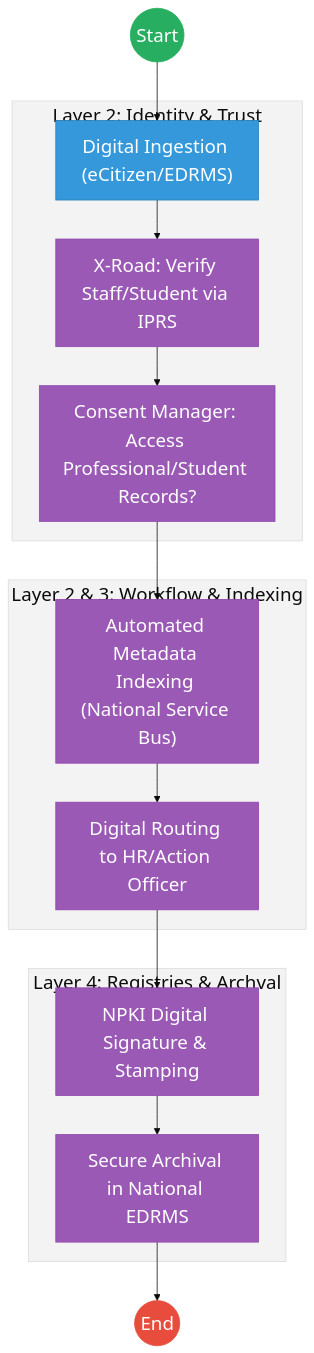
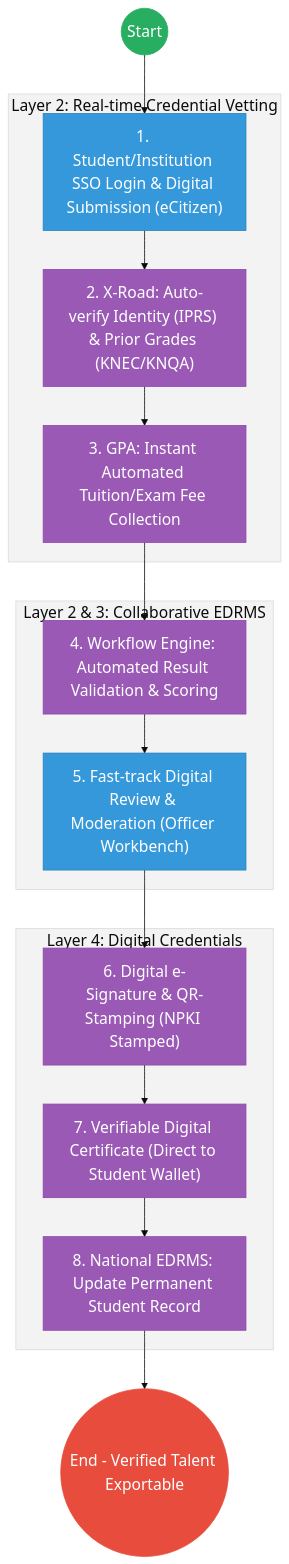
One commit to BITZ-IT-Consulting-LTD/ictapoc changed the second of 2 diagrams in mdas/docs_final/priority_mdas/Technical_Vocational_Education_and_Training___Service_Delivery.md. Above: the diagram before and after it, drawn with Mermaid. The commit also changed other lines of this file and 37 other files, not shown here.

````diff
--- a/mdas/docs_final/priority_mdas/Technical_Vocational_Education_and_Training___Service_Delivery.md
+++ b/mdas/docs_final/priority_mdas/Technical_Vocational_Education_and_Training___Service_Delivery.md
@@ -54,32 +110,33 @@
 ```mermaid
-%%{init: { 'theme': 'base', 'themeVariables': { 'fontSize': '24px', 'fontFamily': 'Inter, system-ui, sans-serif', 'primaryColor': '#ffffff', 'edgeLabelBackground':'#ffffff', 'tertiaryColor': '#f3f3f3', 'mainBkg': '#ffffff', 'nodeBorder': '#333333' } } }%%
+%%{init: { 'theme': 'base', 'themeVariables': { 'fontSize': '20px', 'fontFamily': 'Inter, system-ui, sans-serif', 'primaryColor': '#ffffff', 'edgeLabelBackground':'#ffffff', 'tertiaryColor': '#f3f3f3', 'mainBkg': '#ffffff', 'nodeBorder': '#333333' } } }%%
 flowchart TD
-    Start((Start)) --> DigitalIn["Digital Ingestion (eCitizen/EDRMS)"]
+    Start((Start)) --> Portal["1. Student/Institution SSO Login & Digital Submission (eCitizen)"]
     
-    subgraph Trust_Hub["Layer 2: Identity & Trust"]
-        DigitalIn --> Verify["X-Road: Verify Staff/Student via IPRS"]
-        Verify --> Consent["Consent Manager: Access Professional/Student Records?"]
+    subgraph Trust_Hub["Layer 2: Real-time Credential Vetting"]
+        Portal --> Verify["2. X-Road: Auto-verify Identity (IPRS) & Prior Grades (KNEC/KNQA)"]
+        Verify --> Payment["3. GPA: Instant Automated Tuition/Exam Fee Collection"]
     end
-    
-    subgraph Operations["Layer 2 & 3: Workflow & Indexing"]
-        Consent --> Index["Automated Metadata Indexing (National Service Bus)"]
-        Index --> SmartRoute["Digital Routing to HR/Action Officer"]
+
+    subgraph Operations["Layer 2 & 3: Collaborative EDRMS"]
+        Payment --> Logic["4. Workflow Engine: Automated Result Validation & Scoring"]
+        Logic --> Officer["5. Fast-track Digital Review & Moderation (Officer Workbench)"]
     end
-    
-    subgraph Settlement["Layer 4: Registries & Archval"]
-        SmartRoute --> Sign["NPKI Digital Signature & Stamping"]
-        Sign --> Archive["Secure Archival in National EDRMS"]
+
+    subgraph Settlement["Layer 4: Digital Credentials"]
+        Officer --> NPKI["6. Digital e-Signature & QR-Stamping (NPKI Stamped)"]
+        NPKI --> Output["7. Verifiable Digital Certificate (Direct to Student Wallet)"]
+        Output --> Archive["8. National EDRMS: Update Permanent Student Record"]
     end
-    
-    Archive --> End((End))
 
-    classDef start fill:#27ae60,stroke:#27ae60,color:#fff,font-size:24px;;
-    classDef endNode fill:#e74c3c,stroke:#e74c3c,color:#fff,font-size:24px;;
-    classDef userTask fill:#3498db,stroke:#2980b9,color:#fff,font-size:24px;;
-    classDef serviceTask fill:#9b59b6,stroke:#8e44ad,color:#fff,font-size:24px;;
+    Archive --> EndProcess(("End - Verified Talent Exportable"))
+
+    classDef start fill:#27ae60,stroke:#27ae60,color:#fff,font-size:20px;;
+    classDef endNode fill:#e74c3c,stroke:#e74c3c,color:#fff,font-size:20px;;
+    classDef userTask fill:#3498db,stroke:#2980b9,color:#fff,font-size:20px;;
+    classDef serviceTask fill:#9b59b6,stroke:#8e44ad,color:#fff,font-size:20px;;
     
     class Start start;
-    class End endNode;
-    class DigitalIn userTask;
-    class Verify,Consent,Index,SmartRoute,Sign,Archive serviceTask;
+    class EndProcess endNode;
+    class Portal,Officer userTask;
+    class Verify,Payment,Logic,NPKI,Output,Archive serviceTask;
 ```
````
